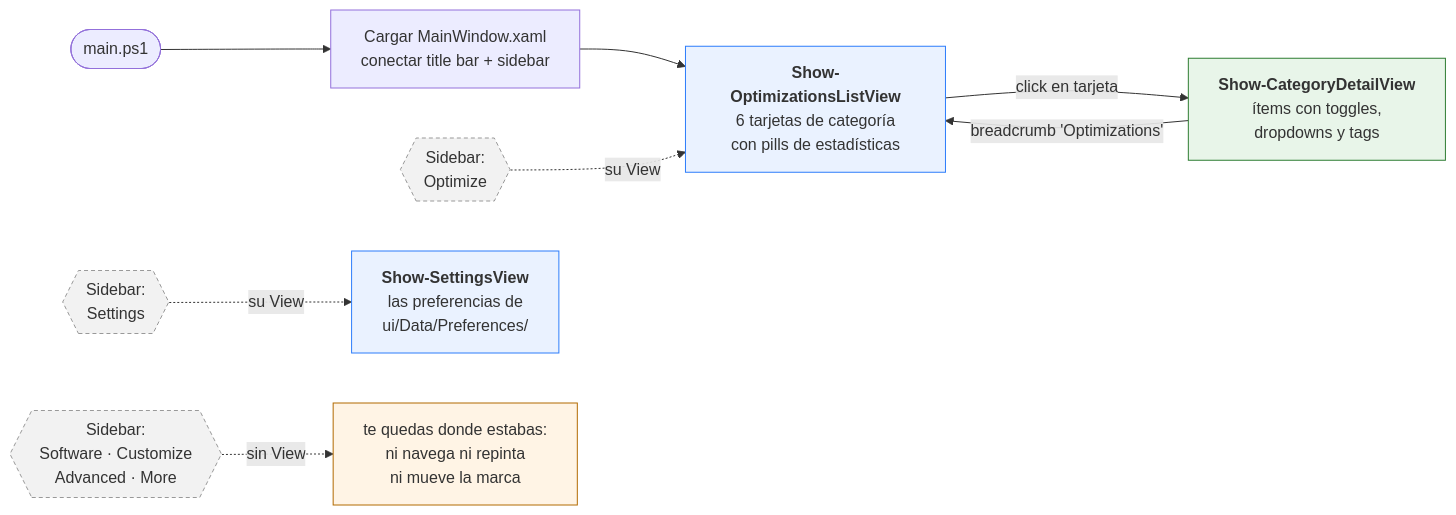
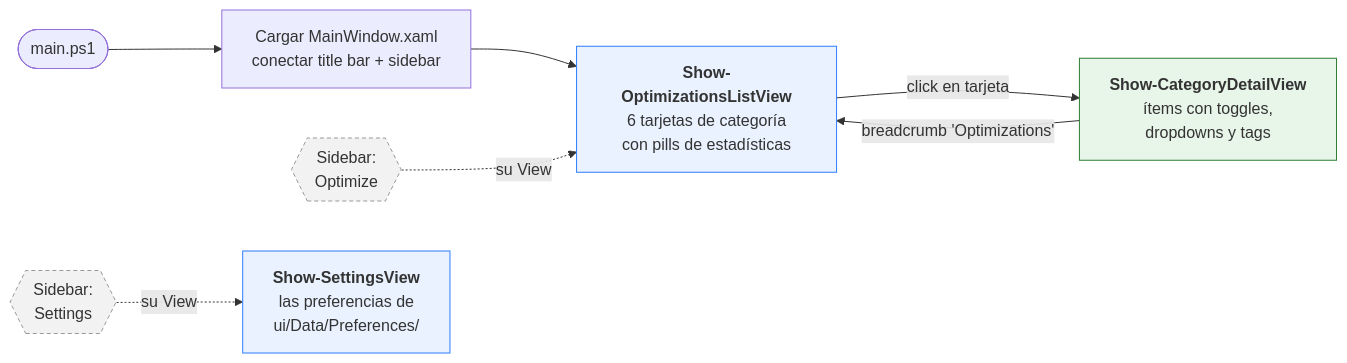
One commit to johansparra/OptimizadorPC changed the third of 4 diagrams in README.md. Above: the diagram before and after it, drawn with Mermaid. The commit also changed other lines of this file and 30 other files, not shown here.

````diff
--- a/README.md
+++ b/README.md
@@ -558,19 +563,16 @@
 ```mermaid
 flowchart LR
     START([main.ps1]) --> SHELL[Cargar MainWindow.xaml<br/>conectar title bar + sidebar]
     SHELL --> LISTV["<b>Show-OptimizationsListView</b><br/>6 tarjetas de categoría<br/>con pills de estadísticas"]
     LISTV -->|click en tarjeta| DETV["<b>Show-CategoryDetailView</b><br/>ítems con toggles,<br/>dropdowns y tags"]
     DETV -->|breadcrumb 'Optimizations'| LISTV
 
     SIDEBAR{{"Sidebar:<br/>Optimize"}} -.->|su View| LISTV
     NAVSET{{"Sidebar:<br/>Settings"}} -.->|su View| SETV["<b>Show-SettingsView</b><br/>las preferencias de<br/>ui/Data/Preferences/"]
-    MUDOS{{"Sidebar:<br/>Software · Customize<br/>Advanced · More"}} -.->|sin View| NADA["te quedas donde estabas:<br/>ni navega ni repinta<br/>ni mueve la marca"]
 
     style LISTV fill:#EAF2FF,stroke:#2D7DFB
     style DETV fill:#E8F5E9,stroke:#2E7D32
     style SETV fill:#EAF2FF,stroke:#2D7DFB
-    style NADA fill:#FFF4E5,stroke:#B26A00
     style SIDEBAR fill:#F2F2F2,stroke:#999,stroke-dasharray: 4 3
     style NAVSET fill:#F2F2F2,stroke:#999,stroke-dasharray: 4 3
-    style MUDOS fill:#F2F2F2,stroke:#999,stroke-dasharray: 4 3
 ```
````
